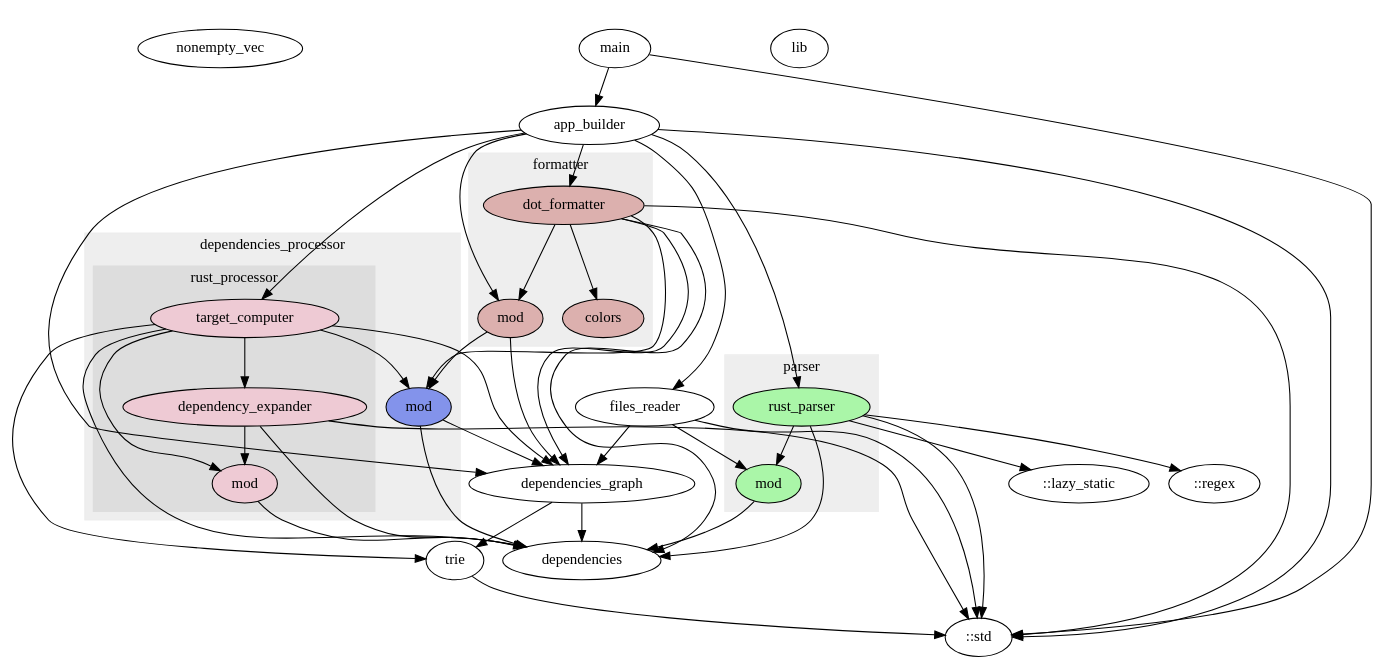
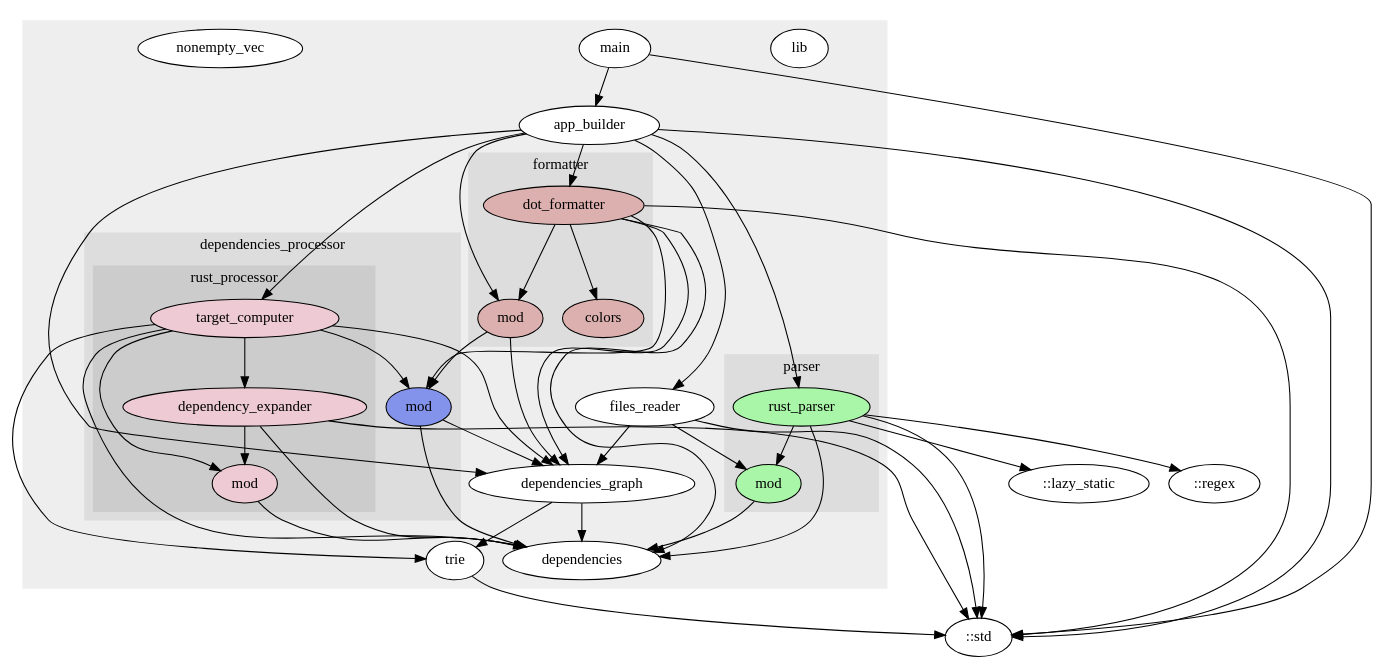
Before and after one commit to thomas-huegel/cargo-graphmod: the diagram in modules.dot, drawn with Graphviz. The commit also changed 7 other files, not shown here.

```diff
--- a/modules.dot
+++ b/modules.dot
@@ -1,85 +1,85 @@
 digraph dependencies {
-subgraph cluster_ {
-label=""
-color="#ffffff"
-style="filled"
-  "::app_builder"[label="app_builder",style="filled",fillcolor="#ffffff"]
-  "::dependencies"[label="dependencies",style="filled",fillcolor="#ffffff"]
-  "::dependencies_graph"[label="dependencies_graph",style="filled",fillcolor="#ffffff"]
-  subgraph cluster____dependencies_processor {
-  label="dependencies_processor"
+  subgraph cluster_ {
+  label=""
   color="#eeeeee"
   style="filled"
-    "::dependencies_processor::mod"[label="mod",style="filled",fillcolor="#8393eb"]
-    subgraph cluster____dependencies_processor___rust_processor {
-    label="rust_processor"
+    "::app_builder"[label="app_builder",style="filled",fillcolor="#ffffff"]
+    "::dependencies"[label="dependencies",style="filled",fillcolor="#ffffff"]
+    "::dependencies_graph"[label="dependencies_graph",style="filled",fillcolor="#ffffff"]
+    subgraph cluster____dependencies_processor {
+    label="dependencies_processor"
     color="#dddddd"
     style="filled"
-      "::dependencies_processor::rust_processor::dependency_expander"[label="dependency_expander",style="filled",fillcolor="#eecad4"]
-      "::dependencies_processor::rust_processor::mod"[label="mod",style="filled",fillcolor="#eecad4"]
-      "::dependencies_processor::rust_processor::target_computer"[label="target_computer",style="filled",fillcolor="#eecad4"]
+      "::dependencies_processor::mod"[label="mod",style="filled",fillcolor="#8393eb"]
+      subgraph cluster____dependencies_processor___rust_processor {
+      label="rust_processor"
+      color="#cccccc"
+      style="filled"
+        "::dependencies_processor::rust_processor::dependency_expander"[label="dependency_expander",style="filled",fillcolor="#eecad4"]
+        "::dependencies_processor::rust_processor::mod"[label="mod",style="filled",fillcolor="#eecad4"]
+        "::dependencies_processor::rust_processor::target_computer"[label="target_computer",style="filled",fillcolor="#eecad4"]
+      }
     }
+    "::files_reader"[label="files_reader",style="filled",fillcolor="#ffffff"]
+    subgraph cluster____formatter {
+    label="formatter"
+    color="#dddddd"
+    style="filled"
+      "::formatter::colors"[label="colors",style="filled",fillcolor="#dcb0ae"]
+      "::formatter::dot_formatter"[label="dot_formatter",style="filled",fillcolor="#dcb0ae"]
+      "::formatter::mod"[label="mod",style="filled",fillcolor="#dcb0ae"]
+    }
+    "::lib"[label="lib",style="filled",fillcolor="#ffffff"]
+    "::main"[label="main",style="filled",fillcolor="#ffffff"]
+    "::nonempty_vec"[label="nonempty_vec",style="filled",fillcolor="#ffffff"]
+    subgraph cluster____parser {
+    label="parser"
+    color="#dddddd"
+    style="filled"
+      "::parser::mod"[label="mod",style="filled",fillcolor="#aaf6a8"]
+      "::parser::rust_parser"[label="rust_parser",style="filled",fillcolor="#aaf6a8"]
+    }
+    "::trie"[label="trie",style="filled",fillcolor="#ffffff"]
   }
-  "::files_reader"[label="files_reader",style="filled",fillcolor="#ffffff"]
-  subgraph cluster____formatter {
-  label="formatter"
-  color="#eeeeee"
-  style="filled"
-    "::formatter::colors"[label="colors",style="filled",fillcolor="#dcb0ae"]
-    "::formatter::dot_formatter"[label="dot_formatter",style="filled",fillcolor="#dcb0ae"]
-    "::formatter::mod"[label="mod",style="filled",fillcolor="#dcb0ae"]
-  }
-  "::lib"[label="lib",style="filled",fillcolor="#ffffff"]
-  "::main"[label="main",style="filled",fillcolor="#ffffff"]
-  "::nonempty_vec"[label="nonempty_vec",style="filled",fillcolor="#ffffff"]
-  subgraph cluster____parser {
-  label="parser"
-  color="#eeeeee"
-  style="filled"
-    "::parser::mod"[label="mod",style="filled",fillcolor="#aaf6a8"]
-    "::parser::rust_parser"[label="rust_parser",style="filled",fillcolor="#aaf6a8"]
-  }
-  "::trie"[label="trie",style="filled",fillcolor="#ffffff"]
-}
 "::app_builder" -> "::dependencies_graph"
 "::app_builder" -> "::dependencies_processor::rust_processor::target_computer"
 "::app_builder" -> "::files_reader"
 "::app_builder" -> "::formatter::dot_formatter"
 "::app_builder" -> "::formatter::mod"
 "::app_builder" -> "::parser::rust_parser"
 "::app_builder" -> "::std"
 "::dependencies_graph" -> "::dependencies"
 "::dependencies_graph" -> "::trie"
 "::dependencies_processor::mod" -> "::dependencies"
 "::dependencies_processor::mod" -> "::dependencies_graph"
 "::dependencies_processor::rust_processor::dependency_expander" -> "::dependencies"
 "::dependencies_processor::rust_processor::dependency_expander" -> "::dependencies_processor::rust_processor::mod"
 "::dependencies_processor::rust_processor::dependency_expander" -> "::std"
 "::dependencies_processor::rust_processor::mod" -> "::dependencies"
 "::dependencies_processor::rust_processor::target_computer" -> "::dependencies"
 "::dependencies_processor::rust_processor::target_computer" -> "::dependencies_graph"
 "::dependencies_processor::rust_processor::target_computer" -> "::dependencies_processor::mod"
 "::dependencies_processor::rust_processor::target_computer" -> "::dependencies_processor::rust_processor::dependency_expander"
 "::dependencies_processor::rust_processor::target_computer" -> "::dependencies_processor::rust_processor::mod"
 "::dependencies_processor::rust_processor::target_computer" -> "::trie"
 "::files_reader" -> "::dependencies_graph"
 "::files_reader" -> "::parser::mod"
 "::files_reader" -> "::std"
 "::formatter::dot_formatter" -> "::dependencies"
 "::formatter::dot_formatter" -> "::dependencies_graph"
 "::formatter::dot_formatter" -> "::dependencies_processor::mod"
 "::formatter::dot_formatter" -> "::formatter::colors"
 "::formatter::dot_formatter" -> "::formatter::mod"
 "::formatter::dot_formatter" -> "::std"
 "::formatter::mod" -> "::dependencies_graph"
 "::formatter::mod" -> "::dependencies_processor::mod"
 "::main" -> "::app_builder"
 "::main" -> "::std"
 "::parser::mod" -> "::dependencies"
 "::parser::rust_parser" -> "::dependencies"
 "::parser::rust_parser" -> "::lazy_static"
 "::parser::rust_parser" -> "::parser::mod"
 "::parser::rust_parser" -> "::regex"
 "::parser::rust_parser" -> "::std"
 "::trie" -> "::std"
 }
```
